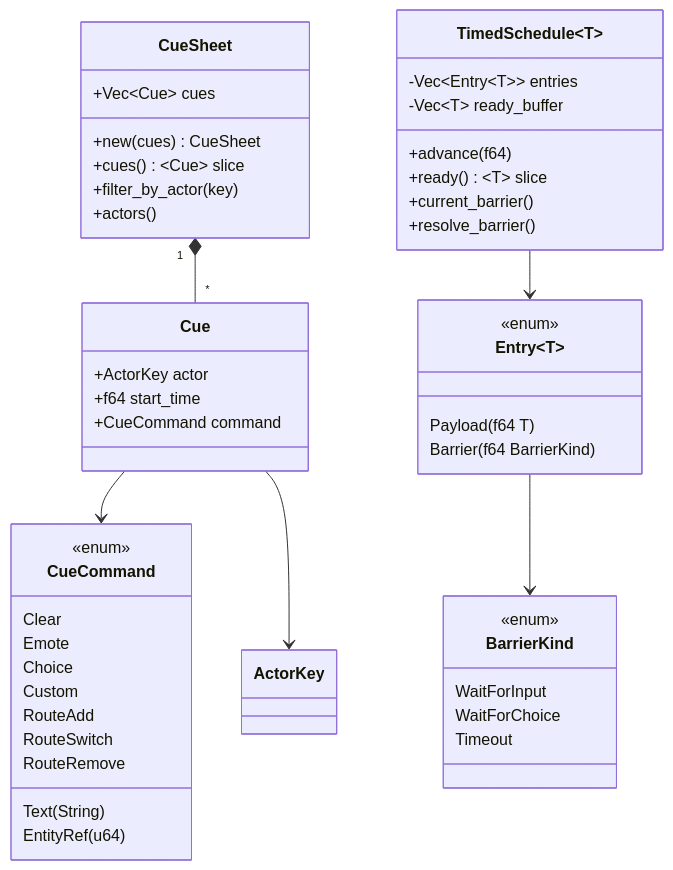
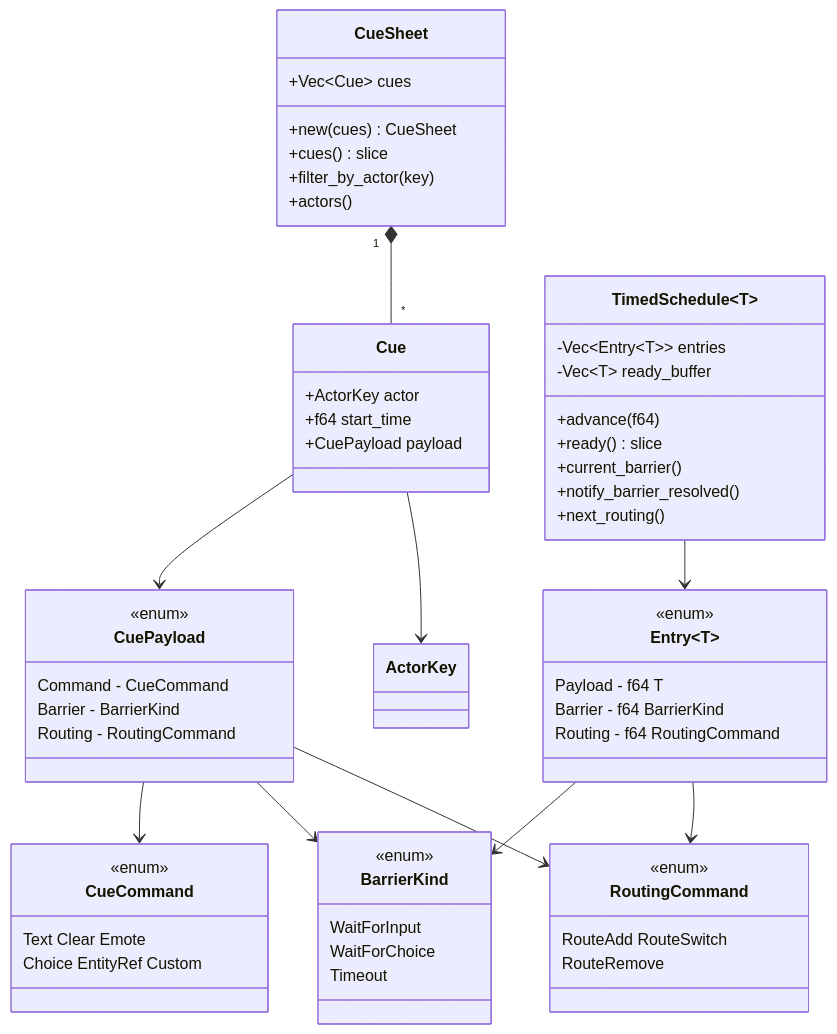
One commit to ekicyou/areka changed the fifth of 6 diagrams in .kiro/specs/wintf-P0-dola-boundary/design.md. Above: the diagram before and after it, drawn with Mermaid. The commit also changed other lines of this file and 2 other files, not shown here.

````diff
--- a/.kiro/specs/wintf-P0-dola-boundary/design.md
+++ b/.kiro/specs/wintf-P0-dola-boundary/design.md
@@ -703,57 +695,69 @@
 ```mermaid
 classDiagram
     class CueSheet {
         +Vec~Cue~ cues
         +new(cues) CueSheet
-        +cues() ~Cue~ slice
+        +cues() slice
         +filter_by_actor(key)
         +actors()
     }
 
     class Cue {
         +ActorKey actor
         +f64 start_time
-        +CueCommand command
+        +CuePayload payload
+    }
+
+    class CuePayload {
+        <<enum>>
+        Command - CueCommand
+        Barrier - BarrierKind
+        Routing - RoutingCommand
     }
 
     class CueCommand {
         <<enum>>
-        Text(String)
-        Clear
-        Emote
-        Choice
-        EntityRef(u64)
-        Custom
-        RouteAdd
-        RouteSwitch
+        Text Clear Emote
+        Choice EntityRef Custom
+    }
+
+    class RoutingCommand {
+        <<enum>>
+        RouteAdd RouteSwitch
         RouteRemove
     }
 
     class TimedSchedule~T~ {
         -Vec~Entry~T~~ entries
         -Vec~T~ ready_buffer
         +advance(f64)
-        +ready() ~T~ slice
+        +ready() slice
         +current_barrier()
-        +resolve_barrier()
+        +notify_barrier_resolved()
+        +next_routing()
     }
 
     class Entry~T~ {
         <<enum>>
-        Payload(f64 T)
-        Barrier(f64 BarrierKind)
+        Payload - f64 T
+        Barrier - f64 BarrierKind
+        Routing - f64 RoutingCommand
     }
 
     class BarrierKind {
         <<enum>>
         WaitForInput
         WaitForChoice
         Timeout
     }
 
     CueSheet "1" *-- "*" Cue
-    Cue --> CueCommand
+    Cue --> CuePayload
     Cue --> ActorKey
+    CuePayload --> CueCommand
+    CuePayload --> BarrierKind
+    CuePayload --> RoutingCommand
     TimedSchedule --> Entry
     Entry --> BarrierKind
+    Entry --> RoutingCommand
 ```
````
